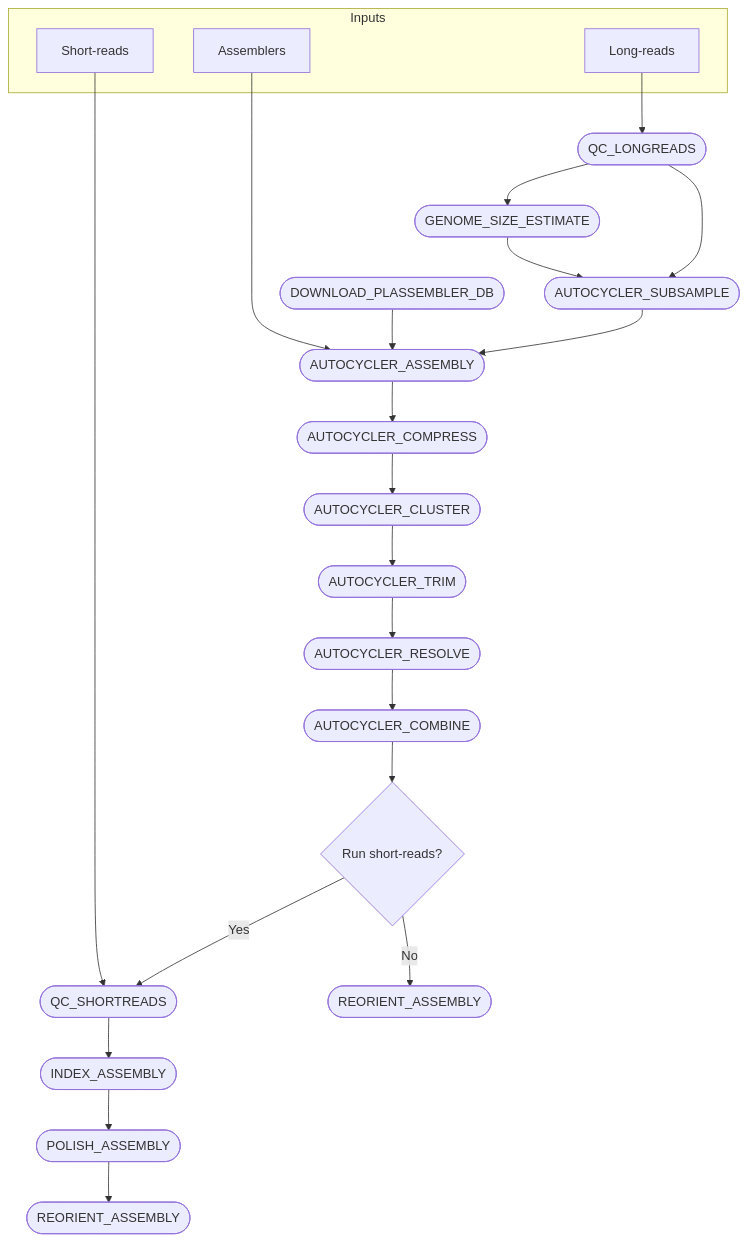
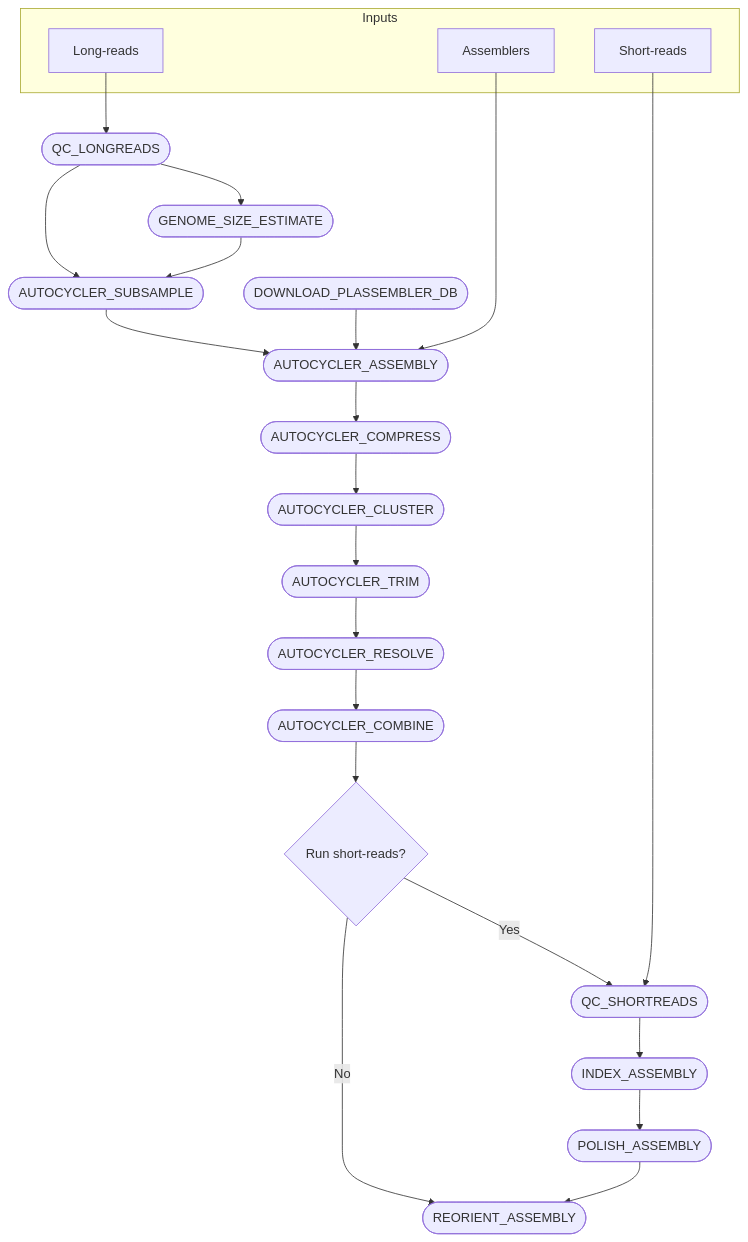
The diagram in README.md (wtmatlock/autocycler-pipeline), drawn with Mermaid before and after one commit.

````diff
--- a/README.md
+++ b/README.md
@@ -32,52 +32,51 @@
 ```mermaid
 flowchart TB
     subgraph Inputs
         v0["Long-reads"]
         v34["Short-reads"]
         v12["Assemblers"]
     end
 
     v2([QC_LONGREADS])
     v5([GENOME_SIZE_ESTIMATE])
     v8([AUTOCYCLER_SUBSAMPLE])
     v10([DOWNLOAD_PLASSEMBLER_DB])
     v16([AUTOCYCLER_ASSEMBLY])
     v19([AUTOCYCLER_COMPRESS])
     v22([AUTOCYCLER_CLUSTER])
     v25([AUTOCYCLER_TRIM])
     v28([AUTOCYCLER_RESOLVE])
     v31([AUTOCYCLER_COMBINE])
     v36([QC_SHORTREADS])
     v39([INDEX_ASSEMBLY])
     v42([POLISH_ASSEMBLY])
     v44([REORIENT_ASSEMBLY])
-    v46([REORIENT_ASSEMBLY])
 
     decision1{"Run short-reads?"}
 
     %% Long read flow
     v0 --> v2
     v2 --> v5
     v2 --> v8
     v5 --> v8
     v8 --> v16
     v10 --> v16
     v12 --> v16
     v16 --> v19
     v19 --> v22
     v22 --> v25
     v25 --> v28
     v28 --> v31
 
     %% Conditional branching after combine
     v31 --> decision1
     decision1 -- Yes --> v36
-    decision1 -- No --> v46
+    decision1 -- No --> v44
     v34 --> v36
     v36 --> v39
 
     %% Continue pipeline
 
     v39 --> v42
     v42 --> v44
 ```
````
